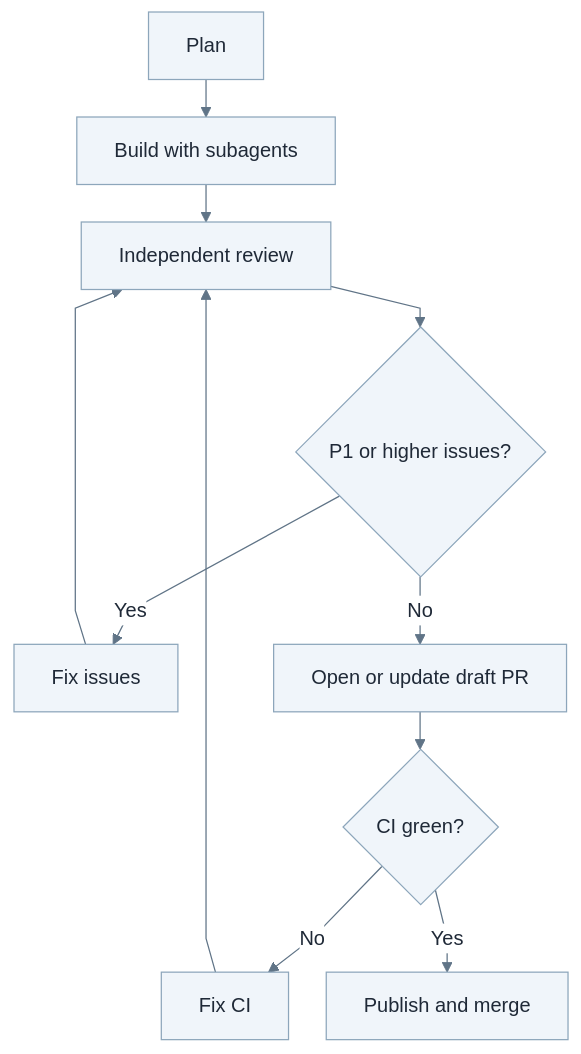
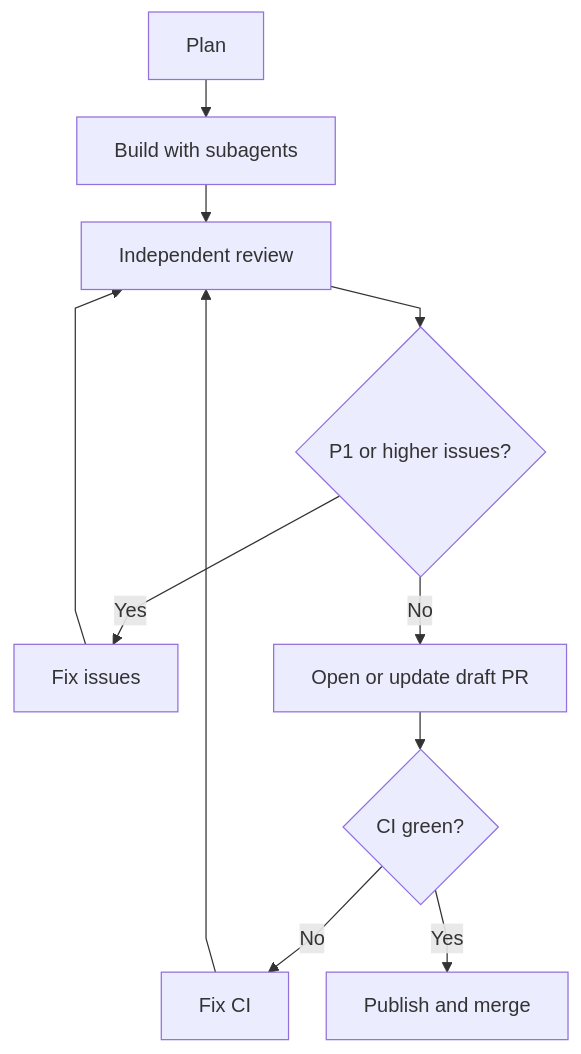
Before and after one commit to jooh/jooh.github.io: the diagram in content/blog/loop-engineering-and-software-factories.md, drawn with Mermaid. The commit also changed 2 other files, not shown here.

Commit message:
Match Mermaid diagrams to the blog theme

````diff
--- a/content/blog/loop-engineering-and-software-factories.md
+++ b/content/blog/loop-engineering-and-software-factories.md
@@ -39,29 +39,20 @@
 ```mermaid
 ---
 config:
-  theme: base
-  look: classic
-  themeVariables:
-    fontFamily: "Helvetica Neue, Arial, sans-serif"
-    primaryColor: "#F0F5FA"
-    primaryTextColor: "#1F2937"
-    primaryBorderColor: "#8DA6BB"
-    lineColor: "#607487"
-    edgeLabelBackground: "#FFFFFF"
   flowchart:
     curve: linear
     rankSpacing: 30
     nodeSpacing: 25
 ---
 flowchart TD
     plan[Plan] --> build[Build with subagents]
     build --> review[Independent review]
     review --> gate{P1 or higher issues?}
     gate -->|Yes| fix[Fix issues]
     fix --> review
     gate -->|No| pr[Open or update draft PR]
     pr --> ci{CI green?}
     ci -->|No| repair[Fix CI]
     repair --> review
     ci -->|Yes| merge[Publish and merge]
 ```
````
